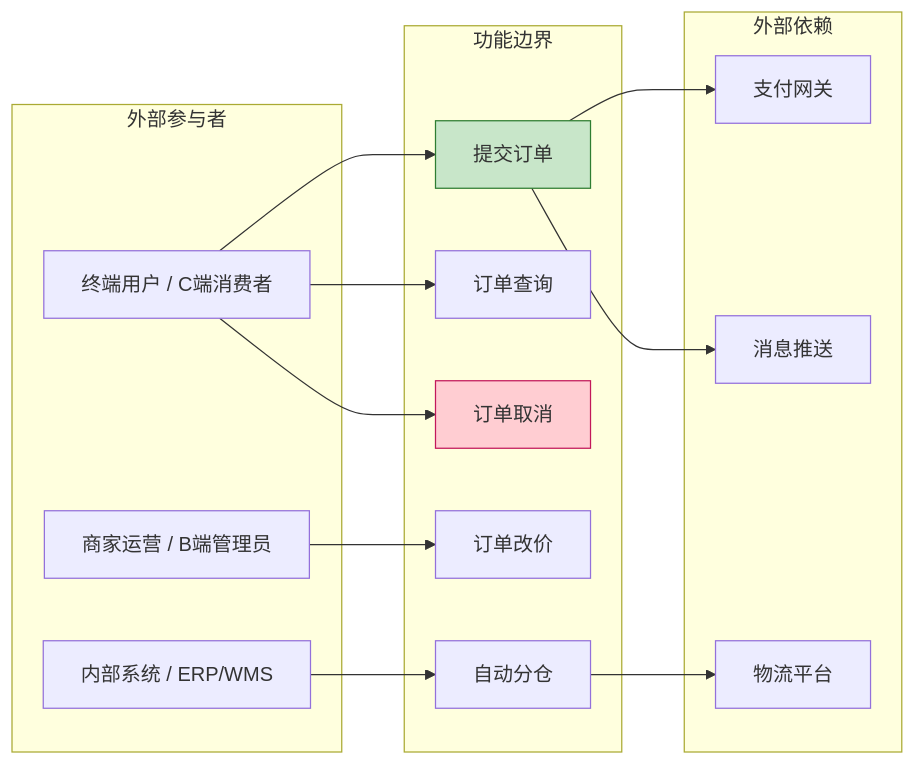
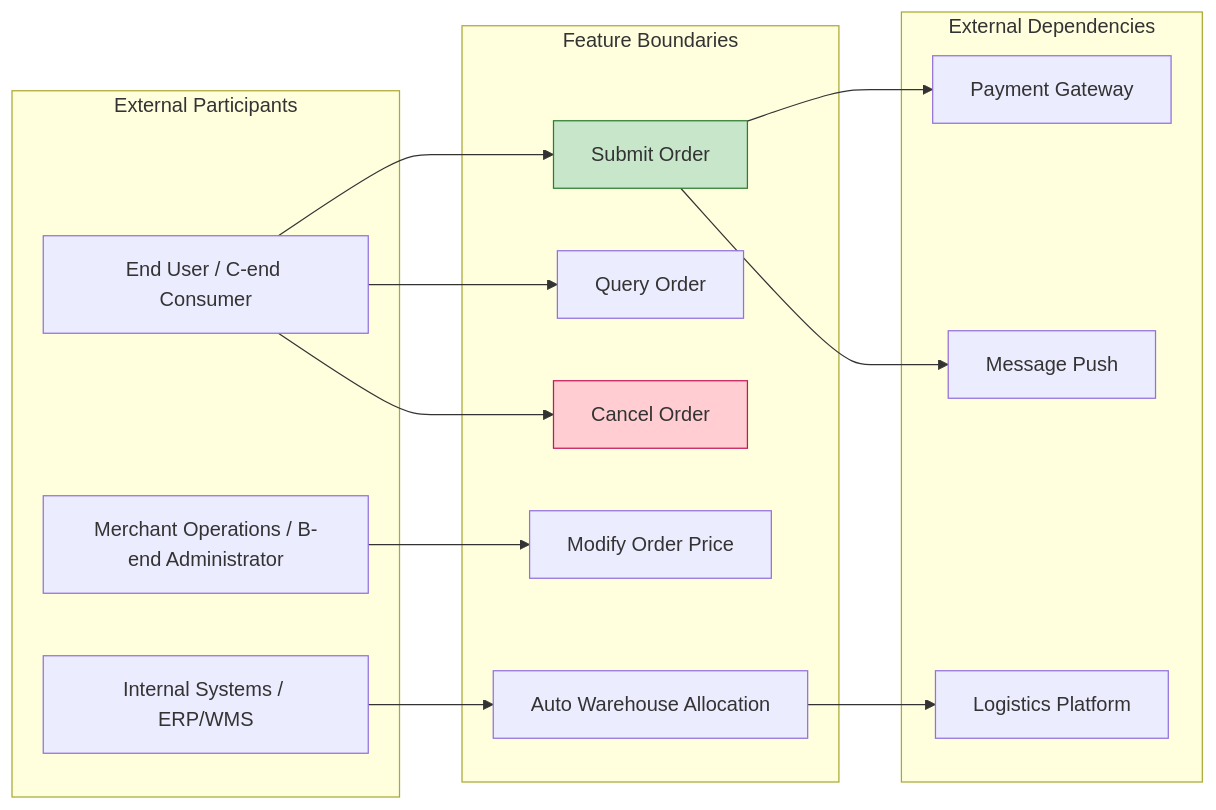
Before and after one commit to Kirky-X/cangjie: the second of 11 diagrams in templates/产品/产品层/【模板】功能需求文档.md, drawn with Mermaid. The commit also changed other lines of this file and 60 other files, not shown here.

````diff
--- a/templates/产品/产品层/【模板】功能需求文档.md
+++ b/templates/产品/产品层/【模板】功能需求文档.md
@@ -77,34 +77,34 @@
 ```mermaid
 graph LR
-    subgraph 外部参与者
-        U1[终端用户 / C端消费者]
-        U2[商家运营 / B端管理员]
-        U3[内部系统 / ERP/WMS]
+    subgraph External Participants
+        U1[End User / C-end Consumer]
+        U2[Merchant Operations / B-end Administrator]
+        U3[Internal Systems / ERP/WMS]
     end
 
-    subgraph 功能边界
-        F1[提交订单]
-        F2[订单查询]
-        F3[订单取消]
-        F4[订单改价]
-        F5[自动分仓]
+    subgraph Feature Boundaries
+        F1[Submit Order]
+        F2[Query Order]
+        F3[Cancel Order]
+        F4[Modify Order Price]
+        F5[Auto Warehouse Allocation]
     end
 
-    subgraph 外部依赖
-        D1[支付网关]
-        D2[物流平台]
-        D3[消息推送]
+    subgraph External Dependencies
+        D1[Payment Gateway]
+        D2[Logistics Platform]
+        D3[Message Push]
     end
 
     U1 --> F1
     U1 --> F2
     U1 --> F3
     U2 --> F4
     U3 --> F5
     F1 --> D1
     F5 --> D2
     F1 --> D3
 
     style F1 fill:#c8e6c9,stroke:#2e7d32
     style F3 fill:#ffcdd2,stroke:#c2185b
 ```
````
